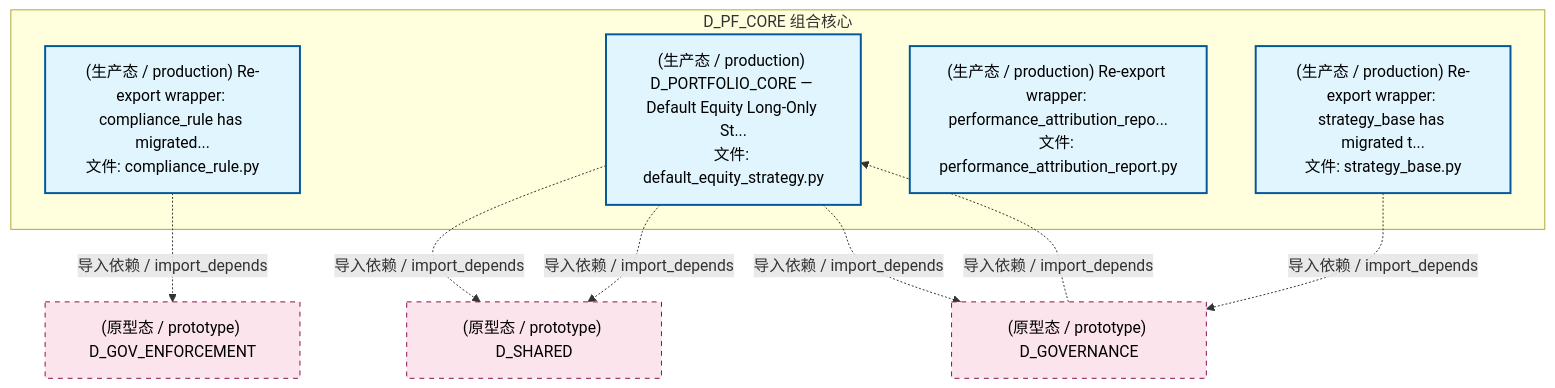
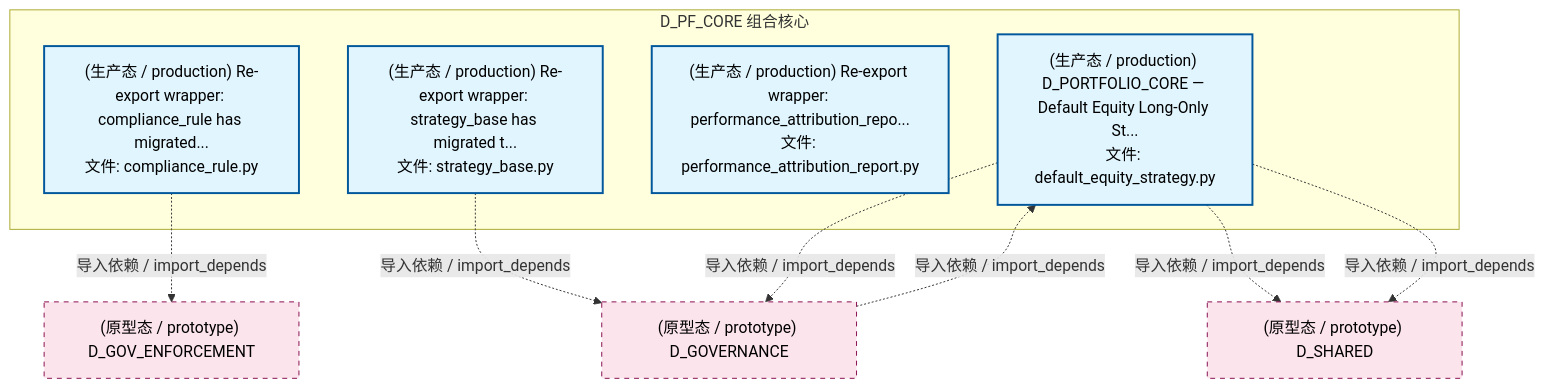
Before and after one commit to xuanFelixVan/ZephyrAlpha: the second of 4 diagrams in docs/02_enterprise_architecture/02_domain_architecture_docs/44_d_pf_core.md, drawn with Mermaid. The commit also changed other lines of this file and 100 other files, not shown here.

````diff
--- a/docs/02_enterprise_architecture/02_domain_architecture_docs/44_d_pf_core.md
+++ b/docs/02_enterprise_architecture/02_domain_architecture_docs/44_d_pf_core.md
@@ -121,24 +121,24 @@
 ```mermaid
 graph TD
     subgraph D_PF_CORE["D_PF_CORE 组合核心"]
         src_zephyr_pf_core_compliance_rule_py["(生产态 / production) Re-export wrapper: compliance_rule has migrated...<br/>文件: compliance_rule.py"]
         src_zephyr_pf_core_default_equity_strategy_py["(生产态 / production) D_PORTFOLIO_CORE — Default Equity Long-Only St...<br/>文件: default_equity_strategy.py"]
         src_zephyr_pf_core_performance_attribution_report_py["(生产态 / production) Re-export wrapper: performance_attribution_repo...<br/>文件: performance_attribution_report.py"]
         src_zephyr_pf_core_strategy_base_py["(生产态 / production) Re-export wrapper: strategy_base has migrated t...<br/>文件: strategy_base.py"]
     end
     D_GOV_ENFORCEMENT["(原型态 / prototype) D_GOV_ENFORCEMENT"]
     src_zephyr_pf_core_compliance_rule_py -.->|导入依赖 / import_depends| D_GOV_ENFORCEMENT
     D_GOVERNANCE["(原型态 / prototype) D_GOVERNANCE"]
     src_zephyr_pf_core_strategy_base_py -.->|导入依赖 / import_depends| D_GOVERNANCE
+    src_zephyr_pf_core_default_equity_strategy_py -.->|导入依赖 / import_depends| D_GOVERNANCE
     D_SHARED["(原型态 / prototype) D_SHARED"]
     src_zephyr_pf_core_default_equity_strategy_py -.->|导入依赖 / import_depends| D_SHARED
     src_zephyr_pf_core_default_equity_strategy_py -.->|导入依赖 / import_depends| D_SHARED
-    src_zephyr_pf_core_default_equity_strategy_py -.->|导入依赖 / import_depends| D_GOVERNANCE
     D_GOVERNANCE -.->|导入依赖 / import_depends| src_zephyr_pf_core_default_equity_strategy_py
     classDef production fill:#e1f5fe,stroke:#01579b,stroke-width:2px,color:#000
     classDef design fill:#fff3e0,stroke:#e65100,stroke-width:2px,color:#000,stroke-dasharray: 5 5
     classDef external_prod fill:#e8f5e9,stroke:#1b5e20,stroke-width:1px,color:#000
     classDef external_design fill:#fce4ec,stroke:#880e4f,stroke-width:1px,color:#000,stroke-dasharray: 5 5
     class src_zephyr_pf_core_compliance_rule_py,src_zephyr_pf_core_default_equity_strategy_py,src_zephyr_pf_core_performance_attribution_report_py,src_zephyr_pf_core_strategy_base_py production
     class D_GOV_ENFORCEMENT,D_GOVERNANCE,D_SHARED external_design
 ```
````
